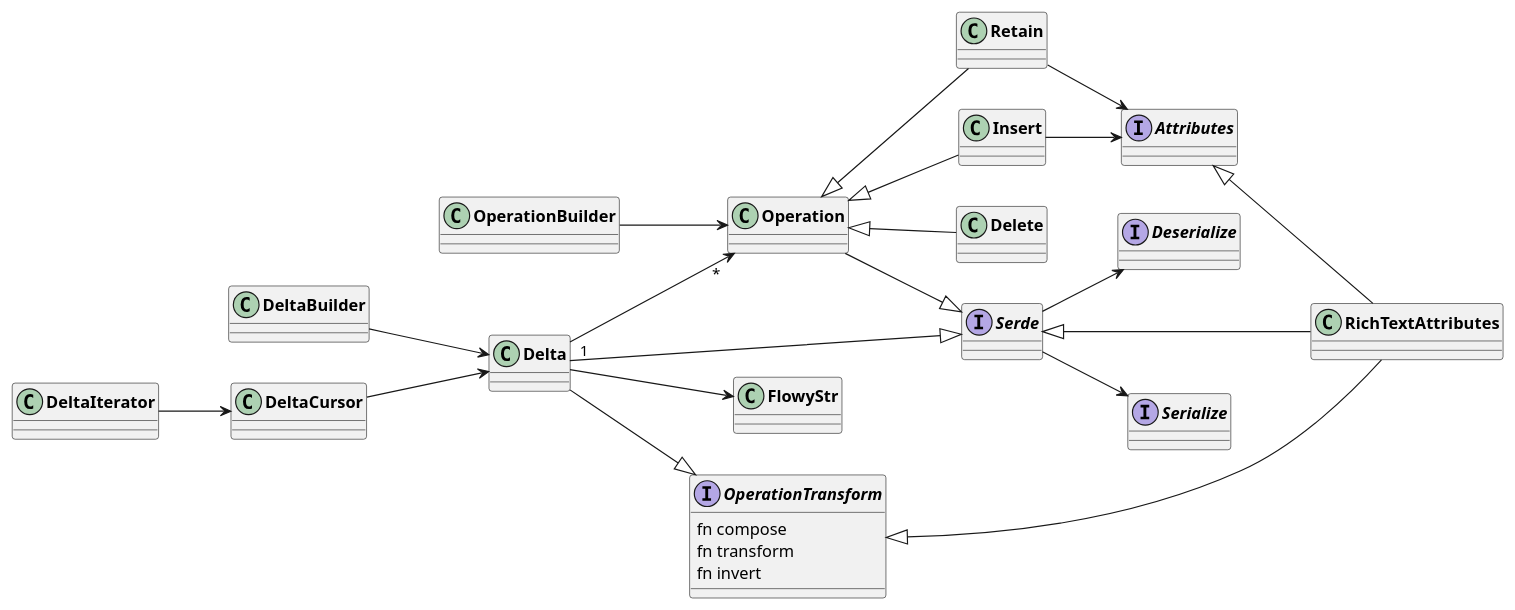
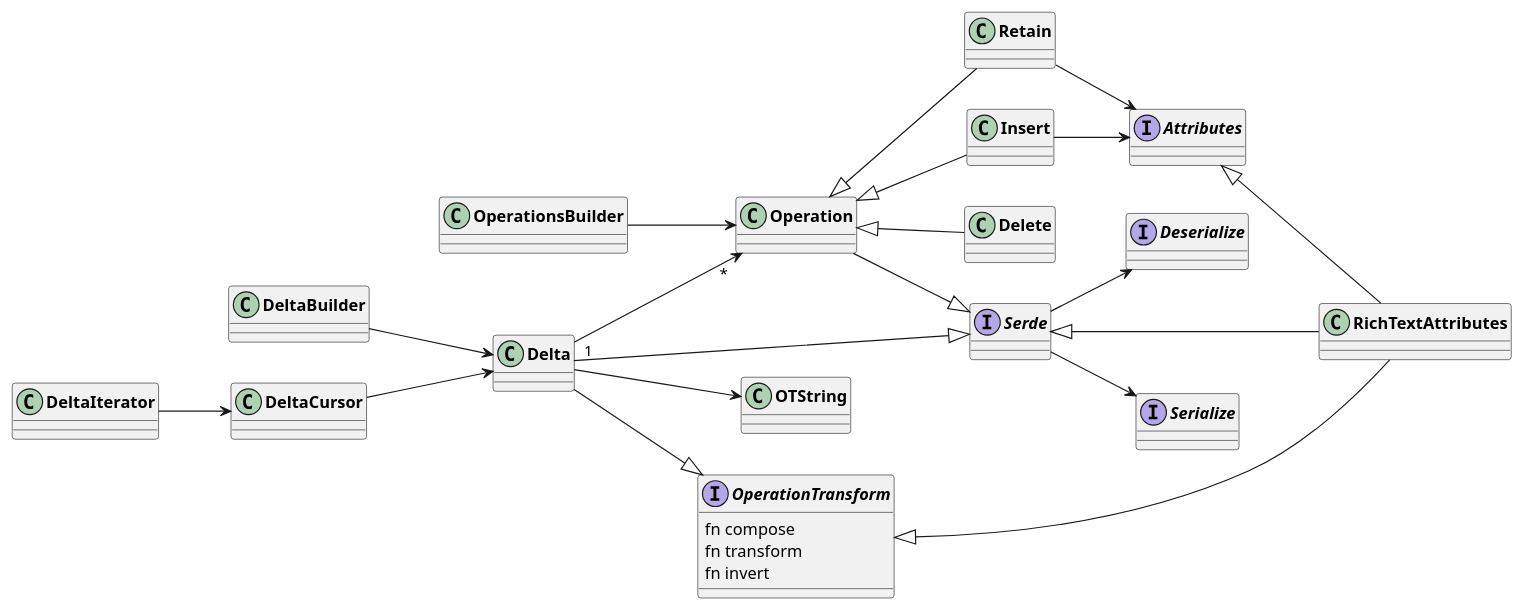
The diagram in uml/rust_classes/delta.plantuml (AppFlowy-IO/AppFlowy-Docs), drawn with PlantUML before and after one commit. The commit also changed 2 other files, not shown here.

```diff
--- a/uml/rust_classes/delta.plantuml
+++ b/uml/rust_classes/delta.plantuml
@@ -1,45 +1,45 @@
 @startuml Delta
 skinparam classFontStyle Bold
 skinparam ActivityBackgroundColor Silver
 skinparam ActivityBorderColor DimGray
 left to right direction
 
 
 interface Attributes
 interface Serialize
 interface Deserialize
 interface OperationTransform {
  fn compose
  fn transform
  fn invert
 }
 
 interface Serde
 Serde --> Serialize
 Serde --> Deserialize
 
 DeltaBuilder --> Delta
 
 Delta "1" --> "*" Operation
 Delta --|> Serde
-Delta --> FlowyStr
+Delta --> OTString
 Delta --|> OperationTransform
 
-OperationBuilder --> Operation
+OperationsBuilder --> Operation
 Delete -u-|> Operation
 Retain -u-|> Operation
 Insert -u-|> Operation
 Operation --|> Serde
 
 Retain --> Attributes
 Insert --> Attributes
 
 DeltaIterator --> DeltaCursor
 DeltaCursor --> Delta
 
 'rich text
 RichTextAttributes -u-|> Attributes
 RichTextAttributes -u-|> OperationTransform
 RichTextAttributes -l-|> Serde
 
 @enduml
```
